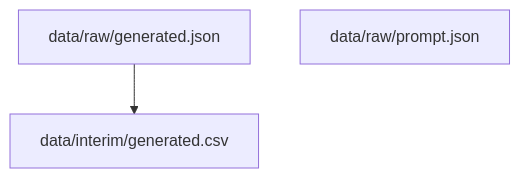
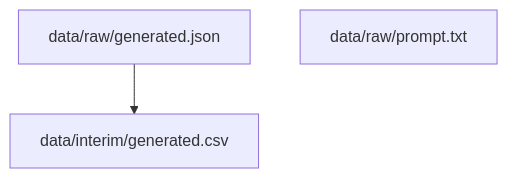
Before and after one commit to u-masao/chat_memo: the second of 2 diagrams in PIPELINE.md, drawn with Mermaid.

Commit message:
[update] dvc repro

````diff
--- a/PIPELINE.md
+++ b/PIPELINE.md
@@ -9,7 +9,7 @@
 ```mermaid
 flowchart TD
 	node1["data/interim/generated.csv"]
 	node2["data/raw/generated.json"]
 	node2-->node1
-	node3["data/raw/prompt.json"]
+	node3["data/raw/prompt.txt"]
 ```
````
